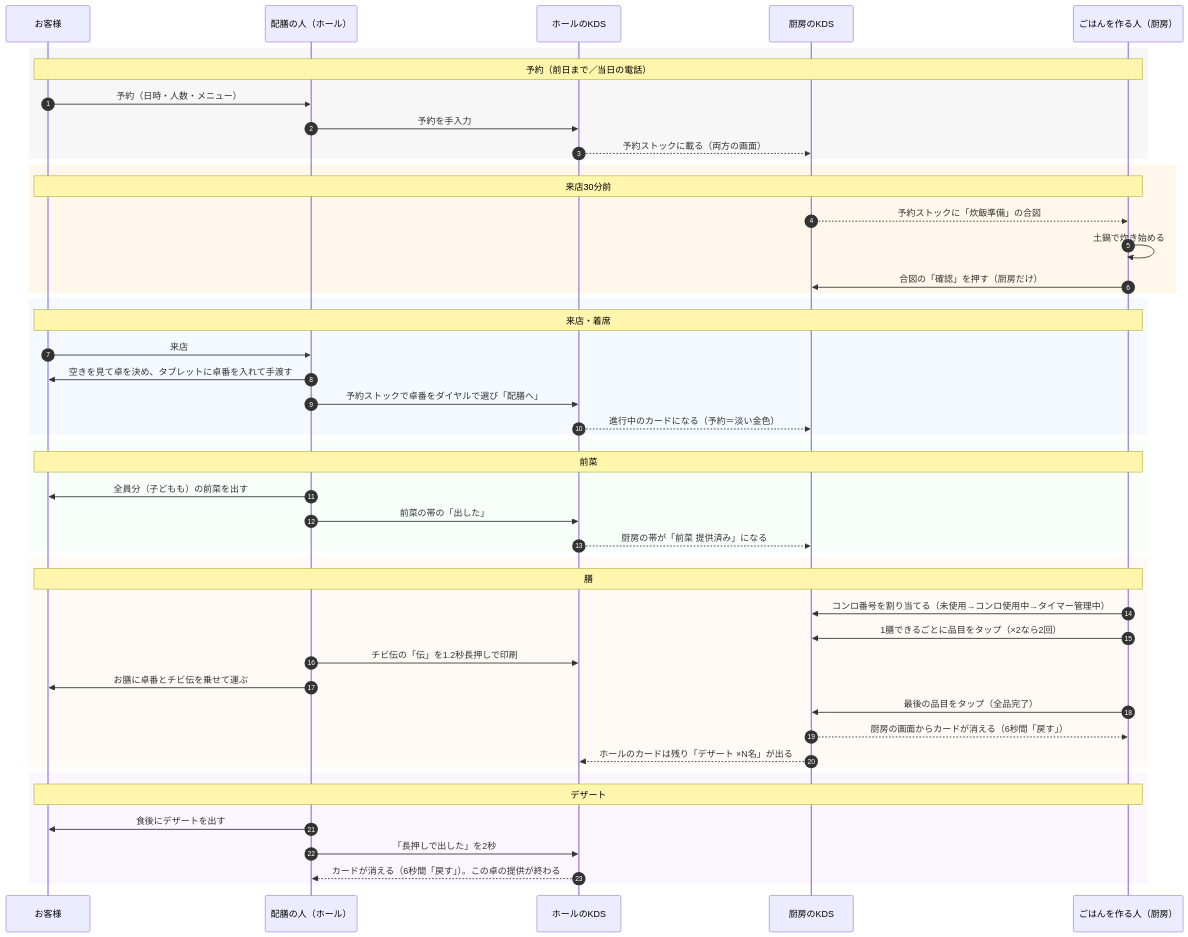
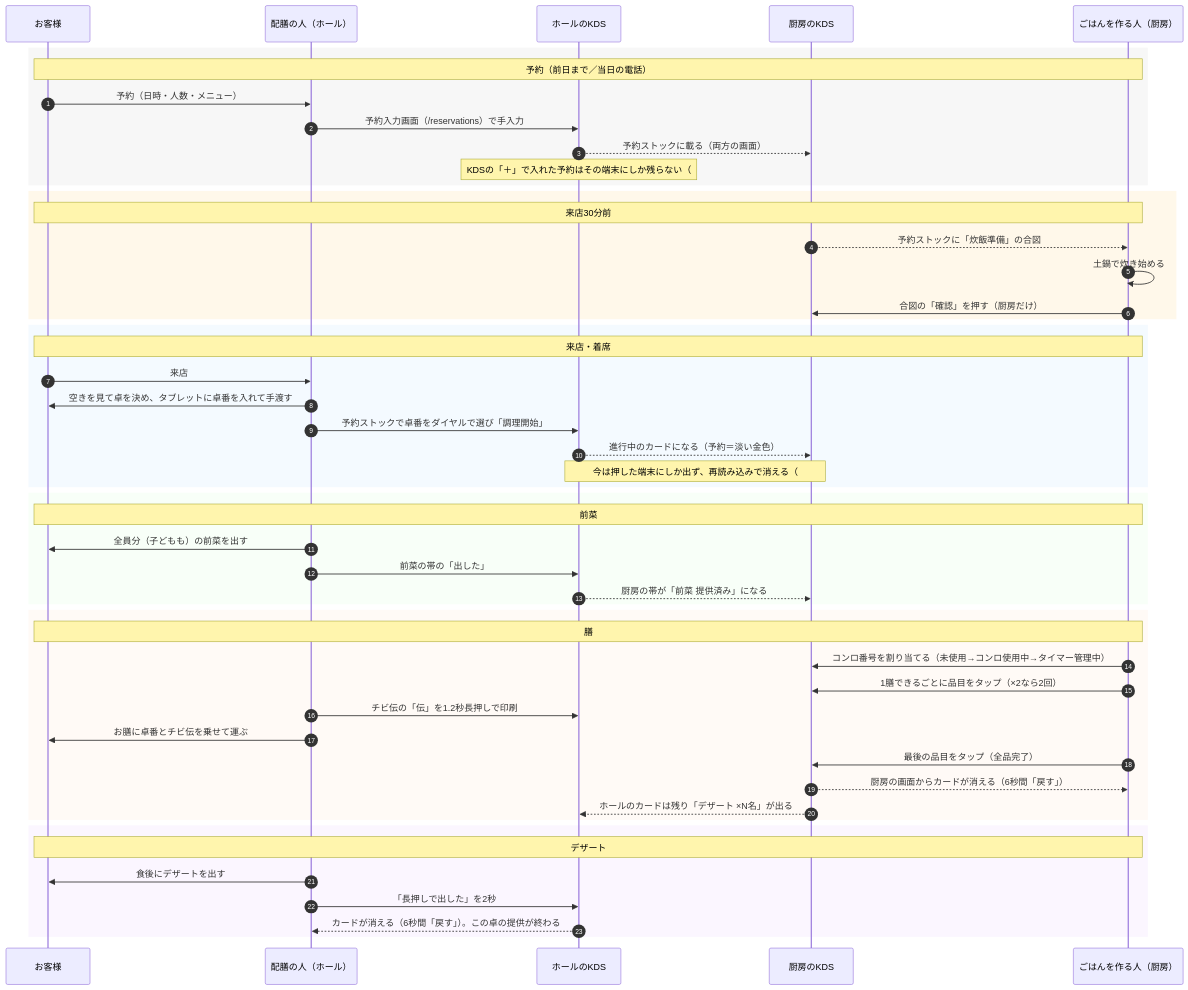
One commit to itiwoja/pokapoka-system changed the first of 2 diagrams in docs/業務フロー_ごはんを作る人と配膳の人.md. Above: the diagram before and after it, drawn with Mermaid. The commit also changed other lines of this file, not shown here.

````diff
--- a/docs/業務フロー_ごはんを作る人と配膳の人.md
+++ b/docs/業務フロー_ごはんを作る人と配膳の人.md
@@ -31,56 +31,58 @@
 ```mermaid
 sequenceDiagram
     autonumber
     participant 客 as お客様
     participant 配 as 配膳の人（ホール）
     participant HK as ホールのKDS
     participant KK as 厨房のKDS
     participant ご as ごはんを作る人（厨房）
 
     rect rgba(200,200,200,0.15)
     Note over 客,ご: 予約（前日まで／当日の電話）
     客->>配: 予約（日時・人数・メニュー）
-    配->>HK: 予約を手入力
+    配->>HK: 予約入力画面（/reservations）で手入力
     HK-->>KK: 予約ストックに載る（両方の画面）
+    Note over HK: KDSの「＋」で入れた予約はその端末にしか残らない（#292）
     end
 
     rect rgba(255,220,150,0.2)
     Note over 客,ご: 来店30分前
     KK-->>ご: 予約ストックに「炊飯準備」の合図
     ご->>ご: 土鍋で炊き始める
     ご->>KK: 合図の「確認」を押す（厨房だけ）
     end
 
     rect rgba(200,230,255,0.2)
     Note over 客,ご: 来店・着席
     客->>配: 来店
     配->>客: 空きを見て卓を決め、タブレットに卓番を入れて手渡す
-    配->>HK: 予約ストックで卓番をダイヤルで選び「配膳へ」
+    配->>HK: 予約ストックで卓番をダイヤルで選び「調理開始」
     HK-->>KK: 進行中のカードになる（予約＝淡い金色）
+    Note over HK,KK: 今は押した端末にしか出ず、再読み込みで消える（#291）
     end
 
     rect rgba(220,255,220,0.2)
     Note over 客,ご: 前菜
     配->>客: 全員分（子どもも）の前菜を出す
     配->>HK: 前菜の帯の「出した」
     HK-->>KK: 厨房の帯が「前菜 提供済み」になる
     end
 
     rect rgba(255,235,220,0.25)
     Note over 客,ご: 膳
     ご->>KK: コンロ番号を割り当てる（未使用→コンロ使用中→タイマー管理中）
     ご->>KK: 1膳できるごとに品目をタップ（×2なら2回）
     配->>HK: チビ伝の「伝」を1.2秒長押しで印刷
     配->>客: お膳に卓番とチビ伝を乗せて運ぶ
     ご->>KK: 最後の品目をタップ（全品完了）
     KK-->>ご: 厨房の画面からカードが消える（6秒間「戻す」）
     KK-->>HK: ホールのカードは残り「デザート ×N名」が出る
     end
 
     rect rgba(240,220,255,0.25)
     Note over 客,ご: デザート
     配->>客: 食後にデザートを出す
     配->>HK: 「長押しで出した」を2秒
     HK-->>配: カードが消える（6秒間「戻す」）。この卓の提供が終わる
     end
 ```
````
